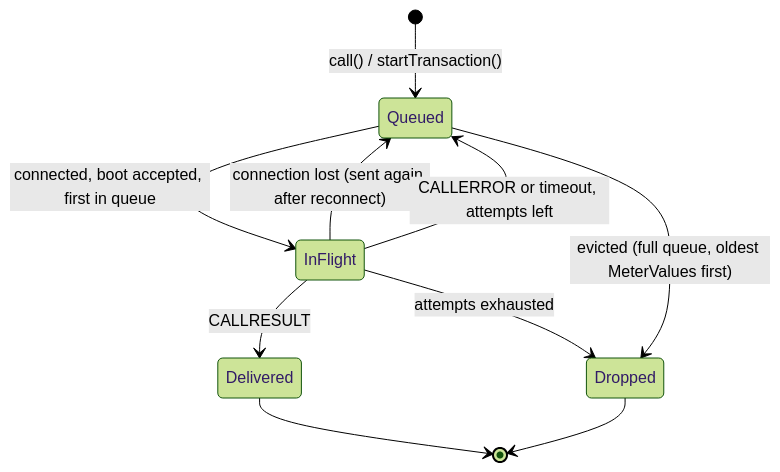
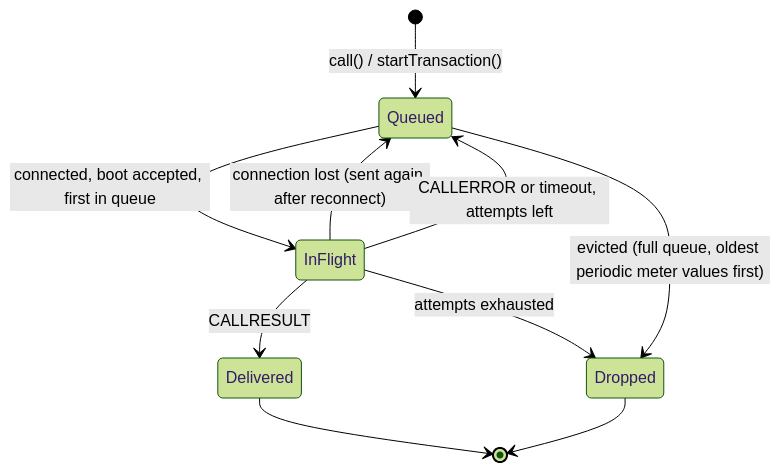
Before and after one commit to houssammehdi/ocpp-kit: the fourth of 4 diagrams in docs/architecture.md, drawn with Mermaid (forest theme). The commit also changed other lines of this file, not shown here.

First line of the commit message:
docs(architecture): describe the multi-version design

````diff
--- a/docs/architecture.md
+++ b/docs/architecture.md
@@ -118,12 +150,12 @@
 ```mermaid
 stateDiagram-v2
   [*] --> Queued: call() / startTransaction()
   Queued --> InFlight: connected, boot accepted, first in queue
   InFlight --> Delivered: CALLRESULT
   InFlight --> Queued: connection lost (sent again after reconnect)
   InFlight --> Queued: CALLERROR or timeout, attempts left
   InFlight --> Dropped: attempts exhausted
-  Queued --> Dropped: evicted (full queue, oldest MeterValues first)
+  Queued --> Dropped: evicted (full queue, oldest periodic meter values first)
   Delivered --> [*]
   Dropped --> [*]
 ```
````
